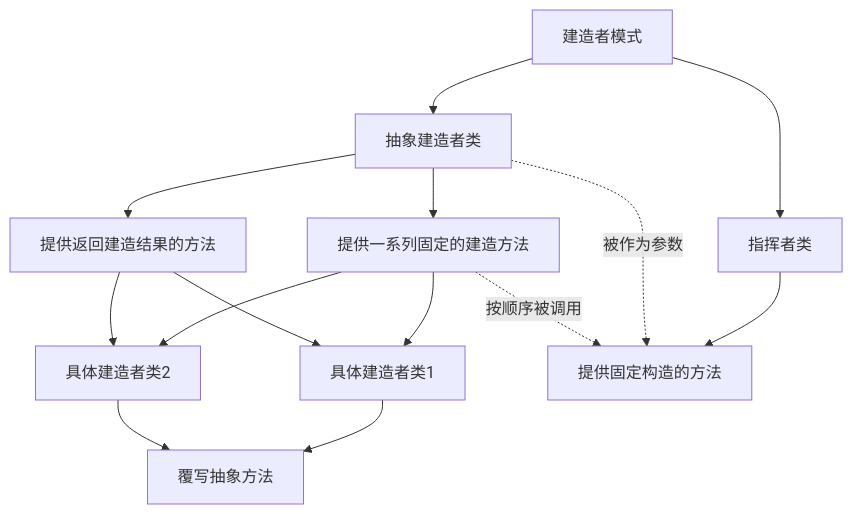
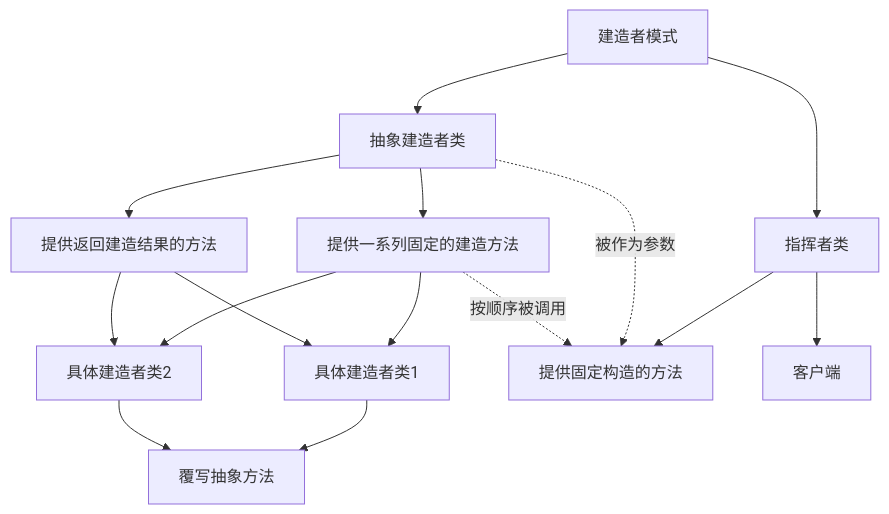
One commit to chenbei97/myLeetCode changed the tenth of 27 diagrams in C++设计模式.md. Above: the diagram before and after it, drawn with Mermaid. The commit also changed other lines of this file, not shown here.

````diff
--- a/C++设计模式.md
+++ b/C++设计模式.md
@@ -1590,25 +1617,27 @@
 ```mermaid
 graph TD
 m[建造者模式]
 s1[抽象建造者类]
 s2[提供一系列固定的建造方法]
 s3[提供返回建造结果的方法]
 m-->s1
 s1-->s2
 s1-->s3
 c1[具体建造者类1]
 c2[具体建造者类2]
 c3[覆写抽象方法]
 s2-->c1
 s2-->c2
 s3-->c1
 s3-->c2
 c1-->c3
 c2-->c3
 k[指挥者类]
 m-->k
 k1[提供固定构造的方法]
 k-->k1
 s1-.->|被作为参数|k1
 s2-.->|按顺序被调用|k1
+e[客户端]
+k-->e
 ```
````
